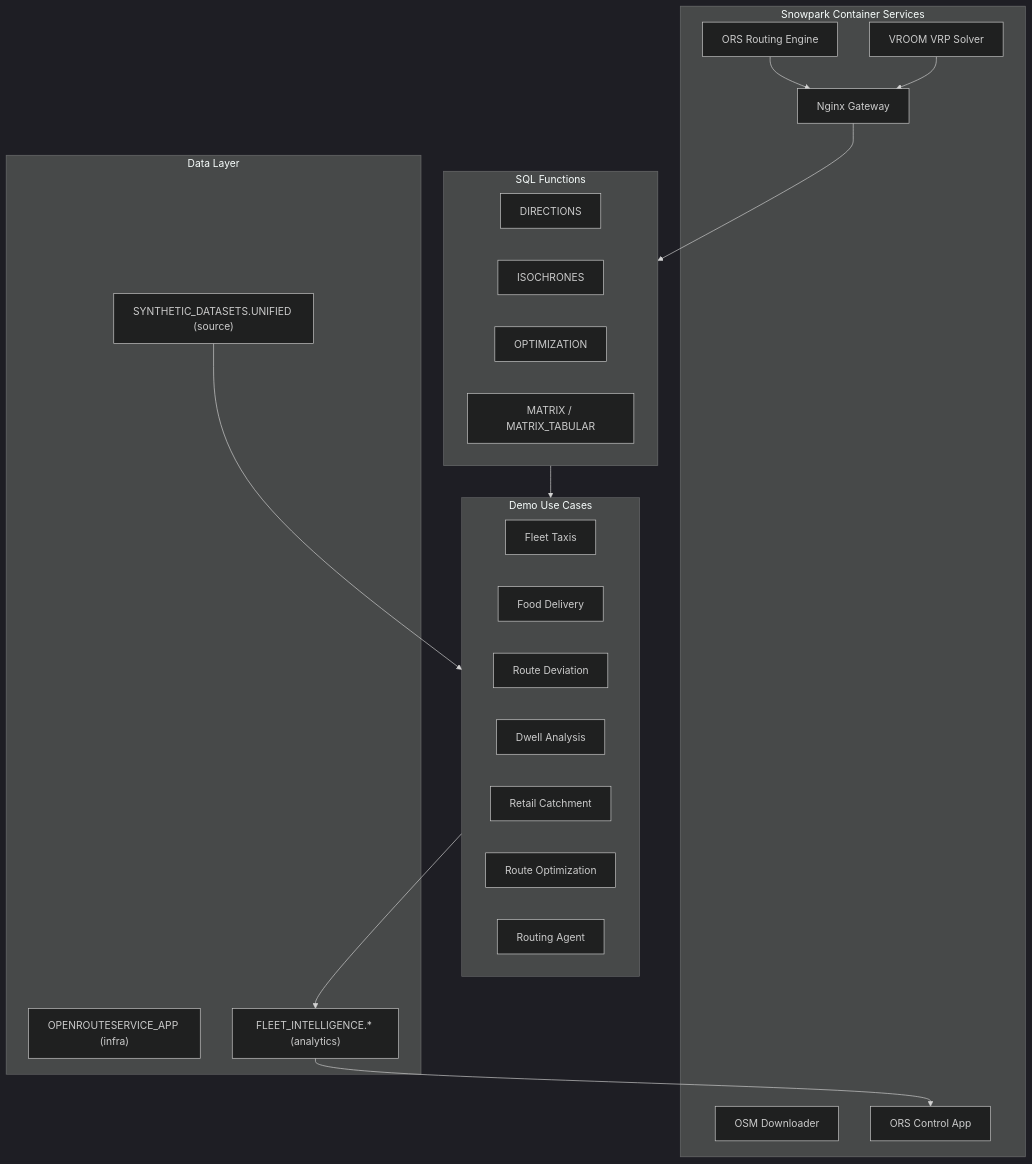
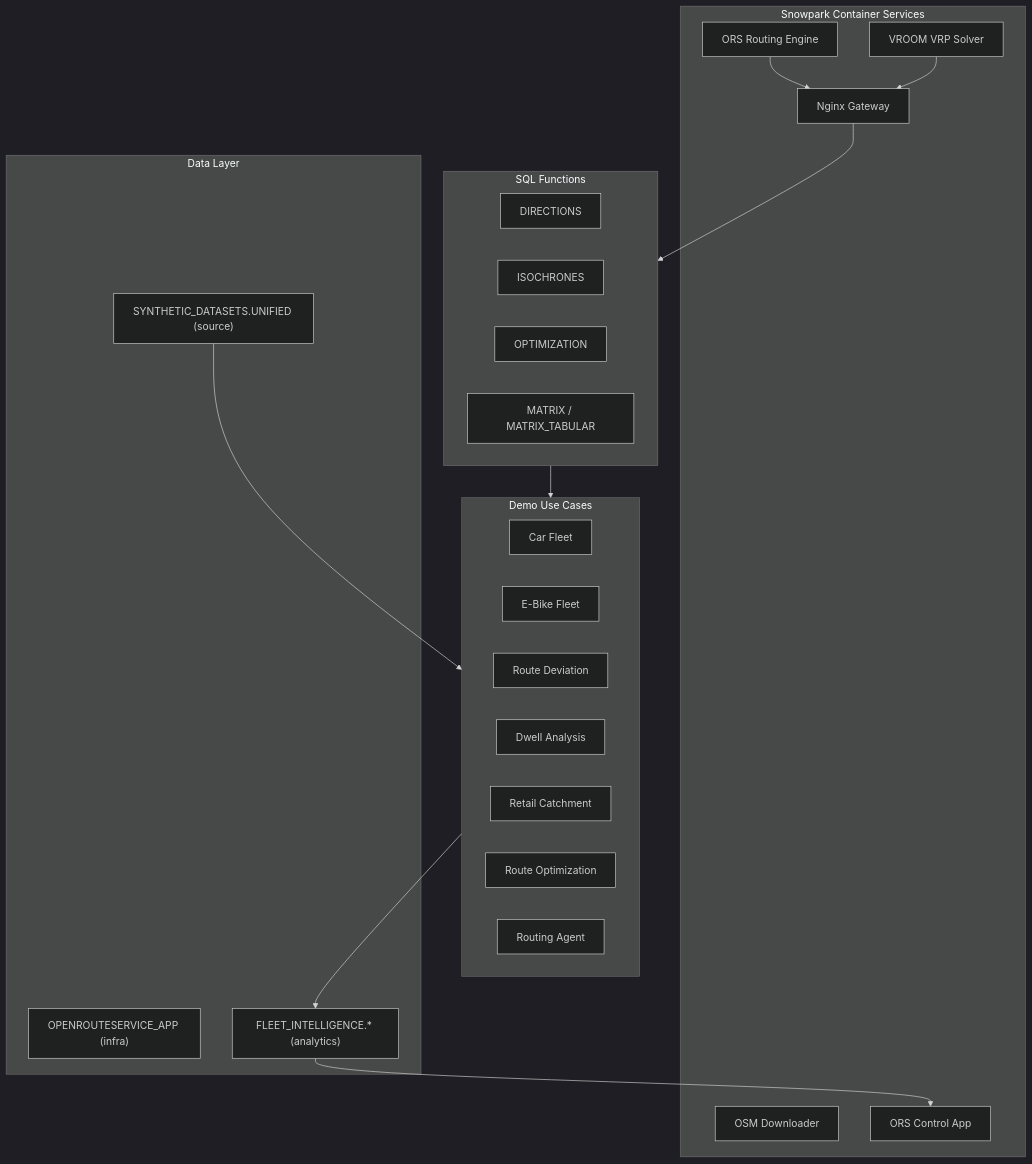
Before and after one commit to Snowflake-Labs/sfguide-create-a-route-optimisation-and-vehicle-route-plan-simulator: the first of 2 diagrams in docs/ARCHITECTURE.md, drawn with Mermaid (dark theme). The commit also changed other lines of this file and 8 other files, not shown here.

First line of the commit message:
docs: neutralize remaining car/e-bike domain labels in active docs + cross-refs

````diff
--- a/docs/ARCHITECTURE.md
+++ b/docs/ARCHITECTURE.md
@@ -7,41 +7,41 @@
 ```mermaid
 graph TB
     subgraph spcs [Snowpark Container Services]
         ORS[ORS Routing Engine]
         VROOM[VROOM VRP Solver]
         GW[Nginx Gateway]
         DL[OSM Downloader]
         UI[ORS Control App]
     end
 
     subgraph functions [SQL Functions]
         DIR[DIRECTIONS]
         ISO[ISOCHRONES]
         OPT[OPTIMIZATION]
         MTX[MATRIX / MATRIX_TABULAR]
     end
 
     subgraph data [Data Layer]
         SETUP["OPENROUTESERVICE_APP (infra)"]
         SYNTH["SYNTHETIC_DATASETS.UNIFIED (source)"]
         FI["FLEET_INTELLIGENCE.* (analytics)"]
     end
 
     subgraph skills [Demo Use Cases]
-        S1[Fleet Taxis]
-        S2[Food Delivery]
+        S1[Car Fleet]
+        S2[E-Bike Fleet]
         S3[Route Deviation]
         S4[Dwell Analysis]
         S5[Retail Catchment]
         S6[Route Optimization]
         S7[Routing Agent]
     end
 
     ORS --> GW
     VROOM --> GW
     GW --> functions
     functions --> skills
     SYNTH --> skills
     skills --> FI
     FI --> UI
 ```
````
